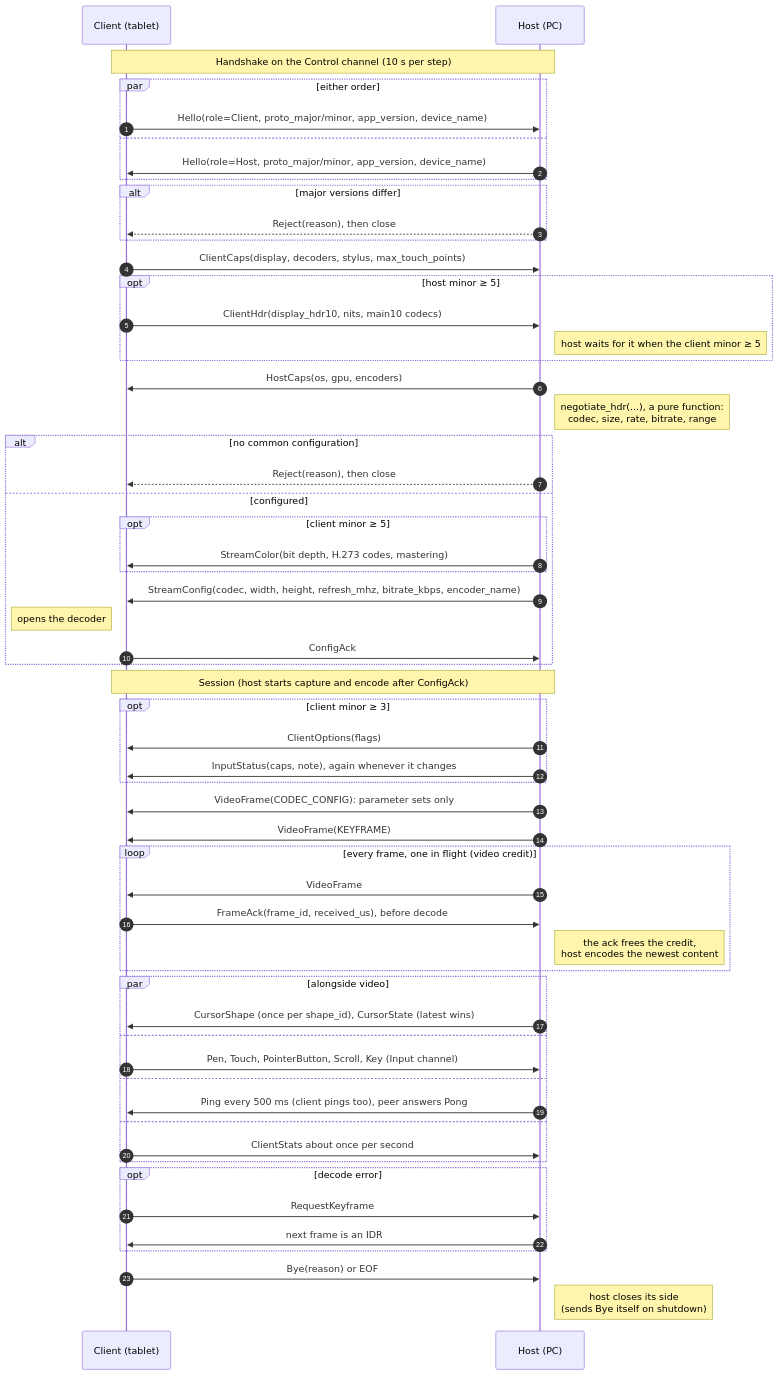
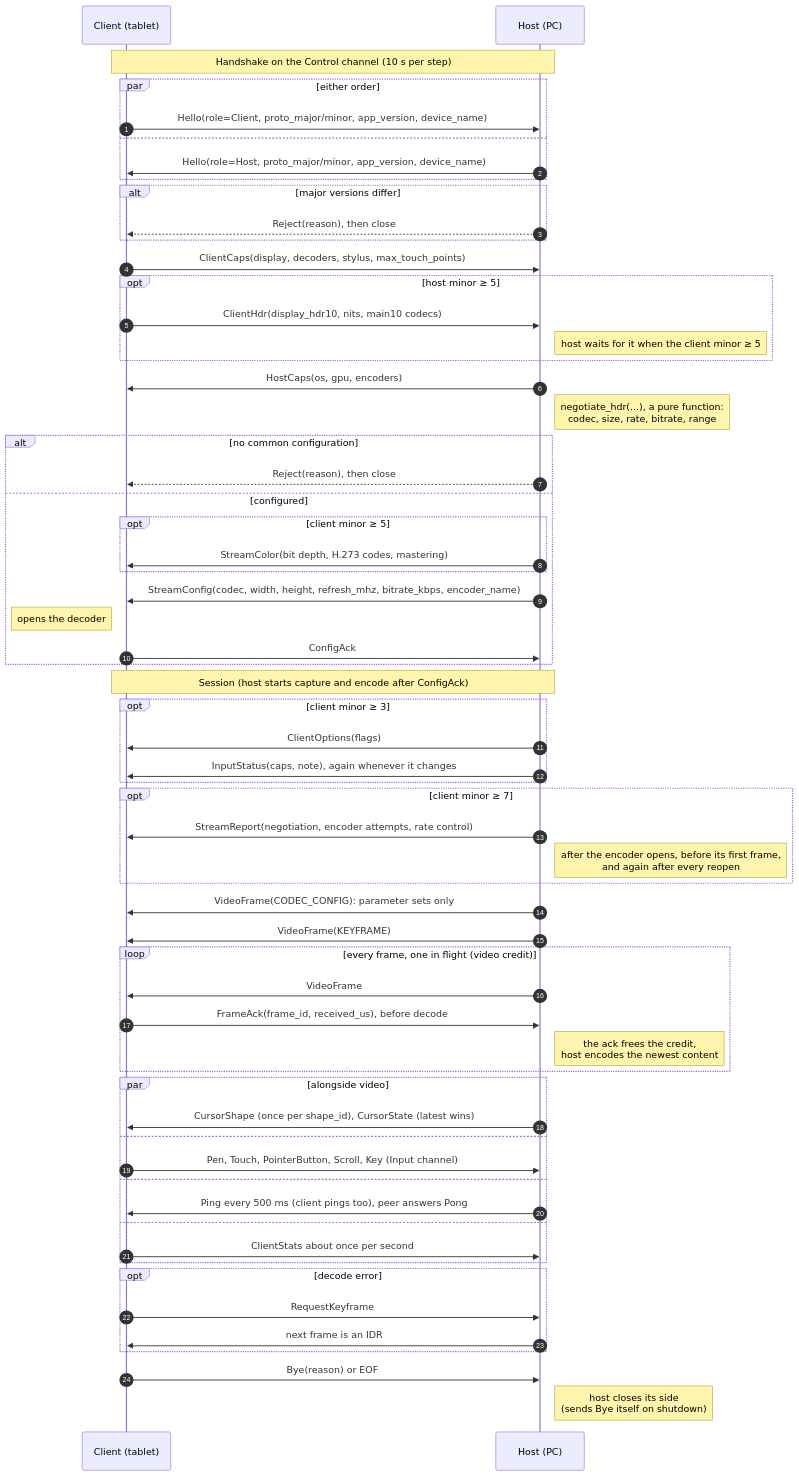
One commit to LibreStatic/ezdisplay changed the fifth of 7 diagrams in docs/protocol.md. Above: the diagram before and after it, drawn with Mermaid. The commit also changed other lines of this file and 26 other files, not shown here.

First line of the commit message:
Raise first-frame quality and report the negotiated stream

````diff
--- a/docs/protocol.md
+++ b/docs/protocol.md
@@ -262,61 +265,65 @@
 ```mermaid
 sequenceDiagram
   autonumber
   participant C as Client (tablet)
   participant H as Host (PC)
 
   Note over C,H: Handshake on the Control channel (10 s per step)
   par either order
     C->>H: Hello(role=Client, proto_major/minor, app_version, device_name)
   and
     H->>C: Hello(role=Host, proto_major/minor, app_version, device_name)
   end
   alt major versions differ
     H-->>C: Reject(reason), then close
   end
   C->>H: ClientCaps(display, decoders, stylus, max_touch_points)
   opt host minor ≥ 5
     C->>H: ClientHdr(display_hdr10, nits, main10 codecs)
     Note right of H: host waits for it when the client minor ≥ 5
   end
   H->>C: HostCaps(os, gpu, encoders)
   Note right of H: negotiate_hdr(...), a pure function:<br/>codec, size, rate, bitrate, range
   alt no common configuration
     H-->>C: Reject(reason), then close
   else configured
     opt client minor ≥ 5
       H->>C: StreamColor(bit depth, H.273 codes, mastering)
     end
     H->>C: StreamConfig(codec, width, height, refresh_mhz, bitrate_kbps, encoder_name)
     Note left of C: opens the decoder
     C->>H: ConfigAck
   end
 
   Note over C,H: Session (host starts capture and encode after ConfigAck)
   opt client minor ≥ 3
     H->>C: ClientOptions(flags)
     H->>C: InputStatus(caps, note), again whenever it changes
   end
+  opt client minor ≥ 7
+    H->>C: StreamReport(negotiation, encoder attempts, rate control)
+    Note right of H: after the encoder opens, before its first frame,<br/>and again after every reopen
+  end
   H->>C: VideoFrame(CODEC_CONFIG): parameter sets only
   H->>C: VideoFrame(KEYFRAME)
   loop every frame, one in flight (video credit)
     H->>C: VideoFrame
     C->>H: FrameAck(frame_id, received_us), before decode
     Note right of H: the ack frees the credit,<br/>host encodes the newest content
   end
   par alongside video
     H->>C: CursorShape (once per shape_id), CursorState (latest wins)
   and
     C->>H: Pen, Touch, PointerButton, Scroll, Key (Input channel)
   and
     H->>C: Ping every 500 ms (client pings too), peer answers Pong
   and
     C->>H: ClientStats about once per second
   end
   opt decode error
     C->>H: RequestKeyframe
     H->>C: next frame is an IDR
   end
   C->>H: Bye(reason) or EOF
   Note right of H: host closes its side<br/>(sends Bye itself on shutdown)
 ```
````
